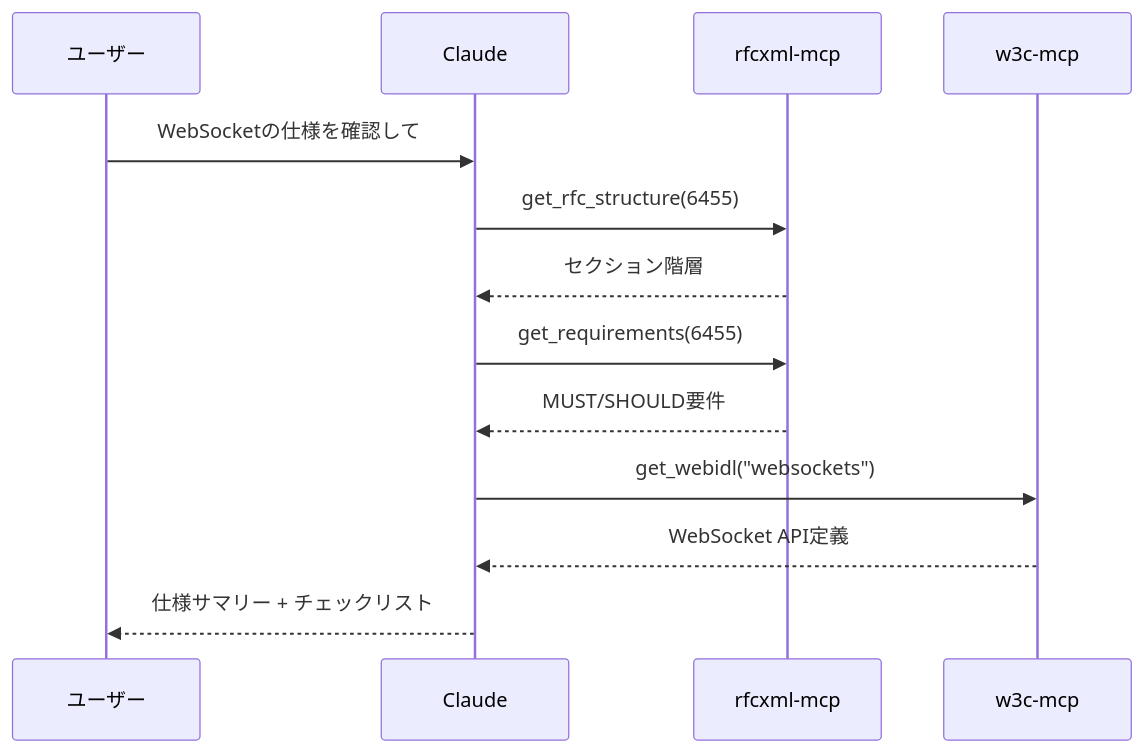
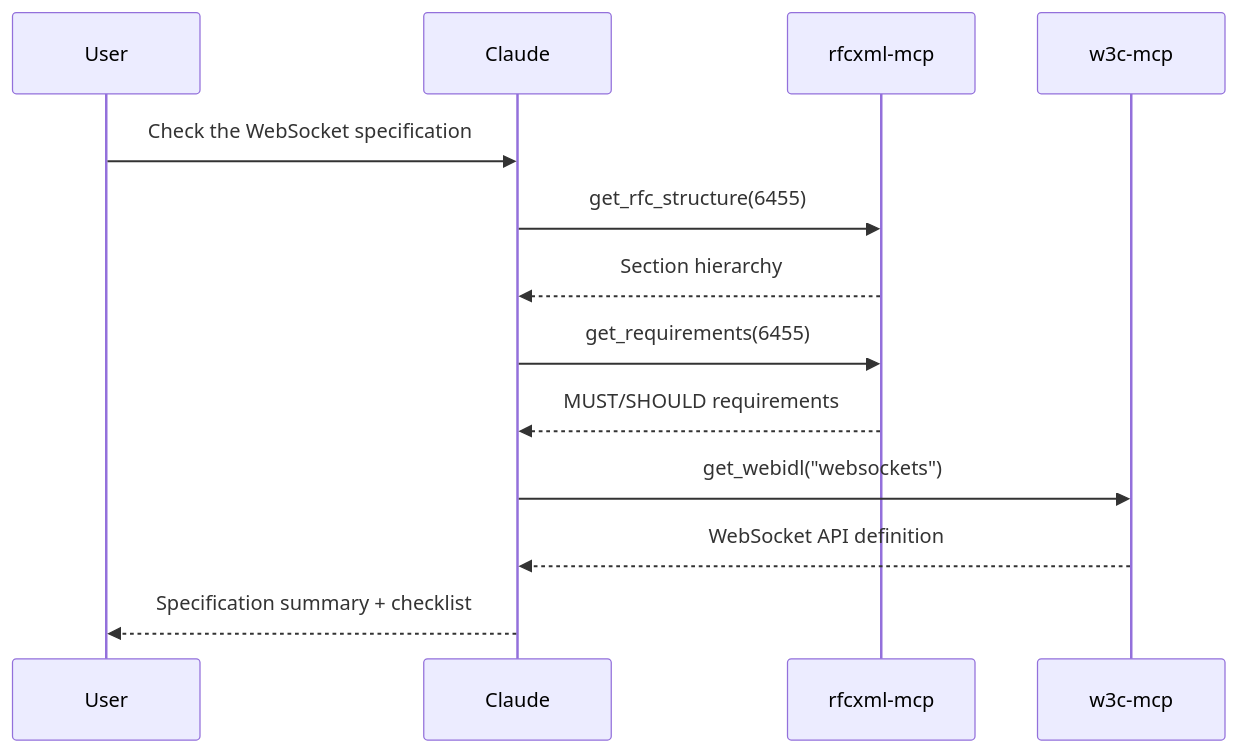
The fourth of 5 diagrams in docs/mcp/catalog.md (shuji-bonji/ai-agent-architecture), drawn with Mermaid before and after one commit. The commit also changed other lines of this file and 42 other files, not shown here.

````diff
--- a/docs/mcp/catalog.md
+++ b/docs/mcp/catalog.md
@@ -266,16 +268,16 @@
 ```mermaid
 sequenceDiagram
-    participant User as ユーザー
+    participant User as User
     participant Claude as Claude
     participant RFC as rfcxml-mcp
     participant W3C as w3c-mcp
 
-    User->>Claude: WebSocketの仕様を確認して
+    User->>Claude: Check the WebSocket specification
     Claude->>RFC: get_rfc_structure(6455)
-    RFC-->>Claude: セクション階層
+    RFC-->>Claude: Section hierarchy
     Claude->>RFC: get_requirements(6455)
-    RFC-->>Claude: MUST/SHOULD要件
+    RFC-->>Claude: MUST/SHOULD requirements
     Claude->>W3C: get_webidl("websockets")
-    W3C-->>Claude: WebSocket API定義
-    Claude-->>User: 仕様サマリー + チェックリスト
+    W3C-->>Claude: WebSocket API definition
+    Claude-->>User: Specification summary + checklist
 ```
````
